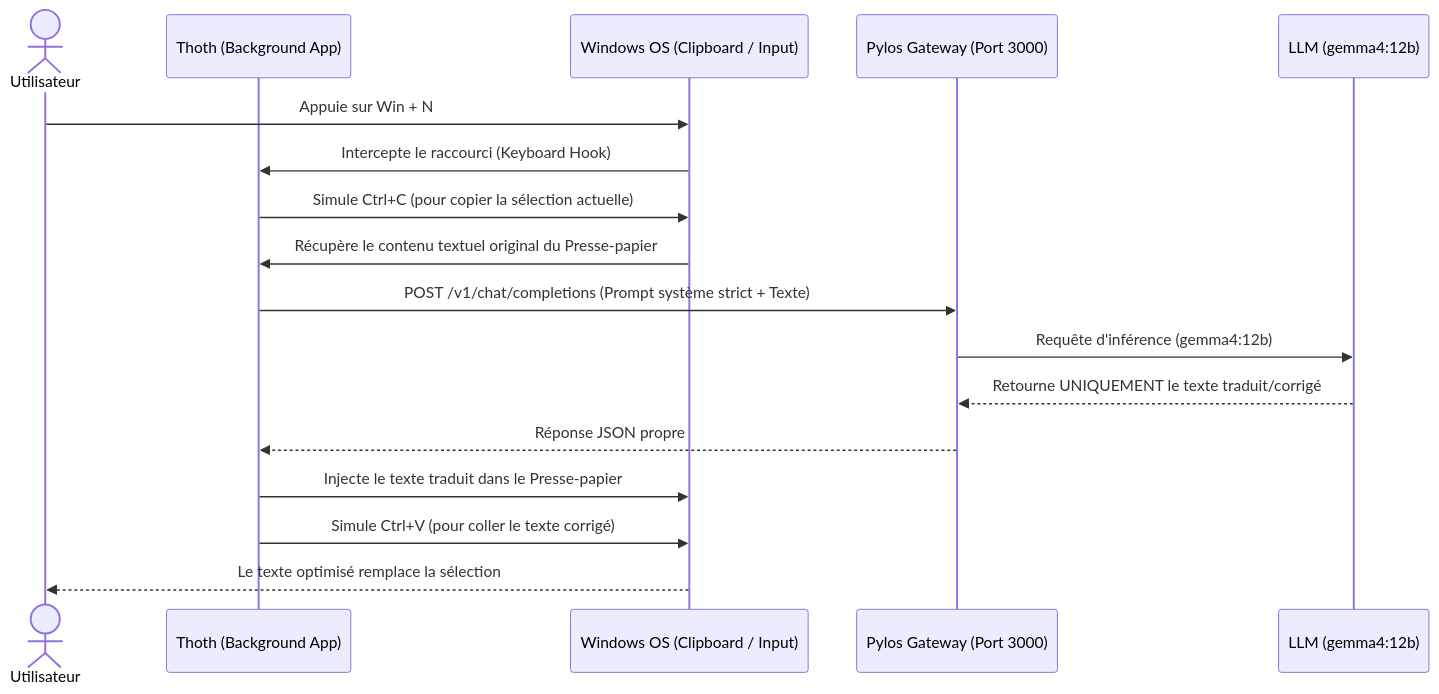
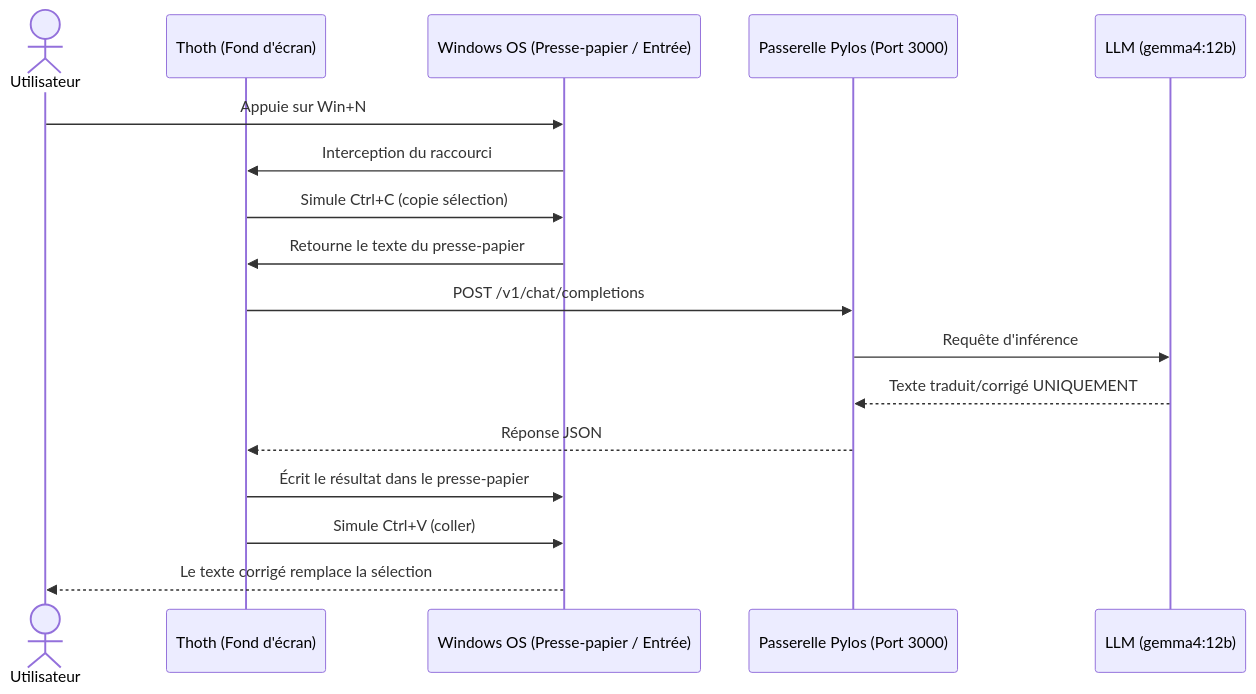
Before and after one commit to JZacharie/Thoth: the second of 2 diagrams in README.md, drawn with Mermaid. The commit also changed other lines of this file and 1 other file, not shown here.

````diff
--- a/README.md
+++ b/README.md
@@ -20,20 +184,20 @@
 ```mermaid
 sequenceDiagram
     actor Utilisateur
-    participant Thoth as Thoth (Background App)
-    participant OS as Windows OS (Clipboard / Input)
-    participant Pylos as Pylos Gateway (Port 3000)
+    participant Thoth as Thoth (Fond d'écran)
+    participant OS as Windows OS (Presse-papier / Entrée)
+    participant Pylos as Passerelle Pylos (Port 3000)
     participant LLM as LLM (gemma4:12b)
 
-    Utilisateur->>OS: Appuie sur Win + N
-    OS->>Thoth: Intercepte le raccourci (Keyboard Hook)
-    Thoth->>OS: Simule Ctrl+C (pour copier la sélection actuelle)
-    OS->>Thoth: Récupère le contenu textuel original du Presse-papier
-    Thoth->>Pylos: POST /v1/chat/completions (Prompt système strict + Texte)
-    Pylos->>LLM: Requête d'inférence (gemma4:12b)
-    LLM-->>Pylos: Retourne UNIQUEMENT le texte traduit/corrigé
-    Pylos-->>Thoth: Réponse JSON propre
-    Thoth->>OS: Injecte le texte traduit dans le Presse-papier
-    Thoth->>OS: Simule Ctrl+V (pour coller le texte corrigé)
-    OS-->>Utilisateur: Le texte optimisé remplace la sélection
+    Utilisateur->>OS: Appuie sur Win+N
+    OS->>Thoth: Interception du raccourci
+    Thoth->>OS: Simule Ctrl+C (copie sélection)
+    OS->>Thoth: Retourne le texte du presse-papier
+    Thoth->>Pylos: POST /v1/chat/completions
+    Pylos->>LLM: Requête d'inférence
+    LLM-->>Pylos: Texte traduit/corrigé UNIQUEMENT
+    Pylos-->>Thoth: Réponse JSON
+    Thoth->>OS: Écrit le résultat dans le presse-papier
+    Thoth->>OS: Simule Ctrl+V (coller)
+    OS-->>Utilisateur: Le texte corrigé remplace la sélection
 ```
````
